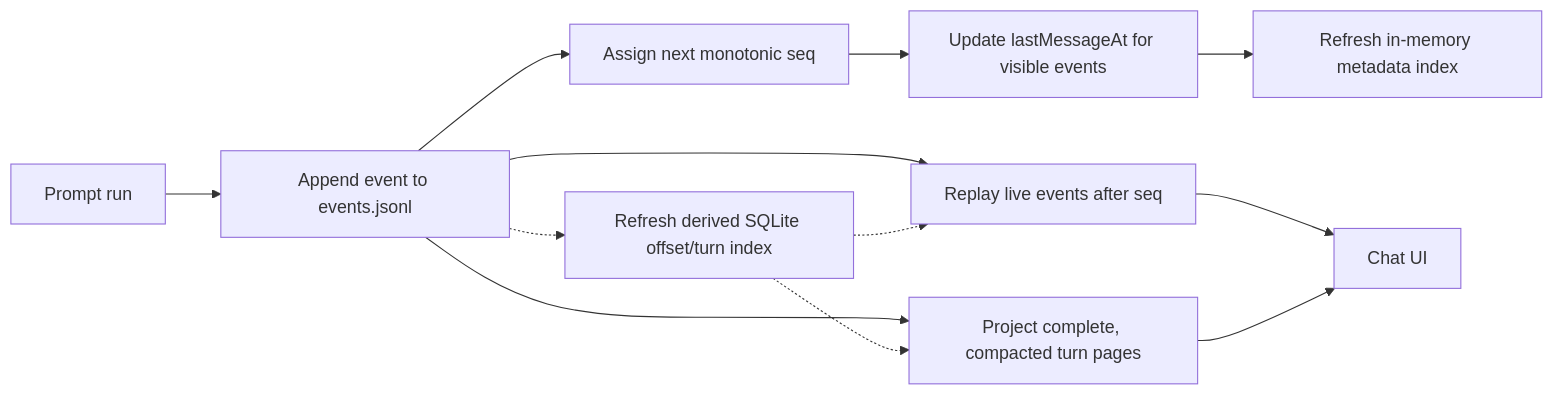
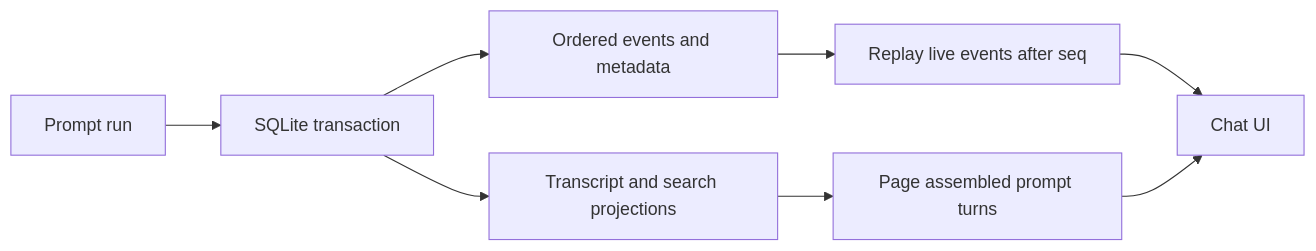
The second of 4 diagrams in docs/03-platform/07-data-and-frontend-state.md (futrx-com/remote.futrx), drawn with Mermaid before and after one commit. The commit also changed other lines of this file and 92 other files, not shown here.

````diff
--- a/docs/03-platform/07-data-and-frontend-state.md
+++ b/docs/03-platform/07-data-and-frontend-state.md
@@ -123,14 +128,10 @@
 ```mermaid
 flowchart LR
-    Run["Prompt run"] --> Append["Append event to events.jsonl"]
-    Append --> Seq["Assign next monotonic seq"]
-    Seq --> Meta["Update lastMessageAt for visible events"]
-    Meta --> Cache["Refresh in-memory metadata index"]
-    Append -.-> Index["Refresh derived SQLite offset/turn index"]
-    Append --> Replay["Replay live events after seq"]
-    Append --> Transcript["Project complete, compacted turn pages"]
-    Index -.-> Replay
-    Index -.-> Transcript
+    Run["Prompt run"] --> Append["SQLite transaction"]
+    Append --> Events["Ordered events and metadata"]
+    Append --> Index["Transcript and search projections"]
+    Events --> Replay["Replay live events after seq"]
+    Index --> Transcript["Page assembled prompt turns"]
     Replay --> Client["Chat UI"]
     Transcript --> Client
 ```
````
